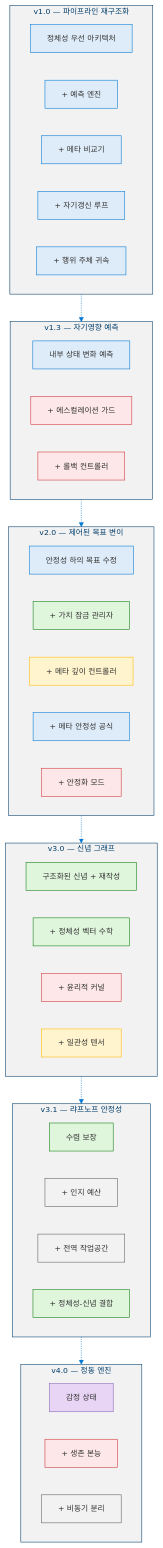
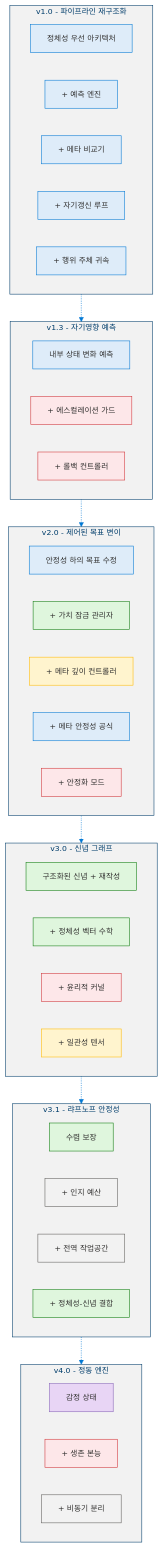
One commit to dotnetpower/mscp changed the first of 3 diagrams in docs/MSCP_Overview.ko.md. Above: the diagram before and after it, drawn with Mermaid. The commit also changed other lines of this file and 26 other files, not shown here.

````diff
--- a/docs/MSCP_Overview.ko.md
+++ b/docs/MSCP_Overview.ko.md
@@ -181,61 +181,61 @@
 ```mermaid
 %%{init: {'theme': 'base', 'themeVariables': {'primaryColor': '#0078D4', 'primaryTextColor': '#003D6B', 'primaryBorderColor': '#003D6B', 'secondaryColor': '#50E6FF', 'secondaryTextColor': '#323130', 'secondaryBorderColor': '#00BCF2', 'tertiaryColor': '#F2F2F2', 'tertiaryTextColor': '#323130', 'lineColor': '#0078D4', 'textColor': '#323130', 'mainBkg': '#DEECF9', 'nodeBorder': '#0078D4', 'clusterBkg': '#F2F2F2', 'clusterBorder': '#003D6B', 'titleColor': '#003D6B', 'edgeLabelBackground': '#FFFFFF', 'fontSize': '14px'}}}%%
 flowchart TD
   classDef ver fill:#DEECF9,stroke:#0078D4,color:#323130
   classDef feat fill:#DEECF9,stroke:#0078D4,color:#323130
   classDef safety fill:#FDE7E9,stroke:#D13438,color:#323130
   classDef green fill:#DFF6DD,stroke:#107C10,color:#323130
   classDef meta fill:#FFF4CE,stroke:#FFB900,color:#323130
   classDef infra fill:#F2F2F2,stroke:#605E5C,color:#323130
   classDef purple fill:#E8D5F5,stroke:#8764B8,color:#323130
 
-  subgraph V10["v1.0 — 파이프라인 재구조화"]
+  subgraph V10["v1.0 - 파이프라인 재구조화"]
     direction LR
     V10H["정체성 우선 아키텍처"]:::feat
     V10A["+ 예측 엔진"]:::feat
     V10B["+ 메타 비교기"]:::feat
     V10C["+ 자기갱신 루프"]:::feat
     V10D["+ 행위 주체 귀속"]:::feat
   end
 
-  subgraph V13["v1.3 — 자기영향 예측"]
+  subgraph V13["v1.3 - 자기영향 예측"]
     direction LR
     V13H["내부 상태 변화 예측"]:::feat
     V13A["+ 에스컬레이션 가드"]:::safety
     V13B["+ 롤백 컨트롤러"]:::safety
   end
 
-  subgraph V20["v2.0 — 제어된 목표 변이"]
+  subgraph V20["v2.0 - 제어된 목표 변이"]
     direction LR
     V20H["안정성 하의 목표 수정"]:::feat
     V20A["+ 가치 잠금 관리자"]:::green
     V20B["+ 메타 깊이 컨트롤러"]:::meta
     V20C["+ 메타 안정성 공식"]:::feat
     V20D["+ 안정화 모드"]:::safety
   end
 
-  subgraph V30["v3.0 — 신념 그래프"]
+  subgraph V30["v3.0 - 신념 그래프"]
     direction LR
     V30H["구조화된 신념 + 재작성"]:::green
     V30A["+ 정체성 벡터 수학"]:::green
     V30B["+ 윤리적 커널"]:::safety
     V30C["+ 일관성 텐서"]:::meta
   end
 
-  subgraph V31["v3.1 — 랴프노프 안정성"]
+  subgraph V31["v3.1 - 랴프노프 안정성"]
     direction LR
     V31H["수렴 보장"]:::green
     V31A["+ 인지 예산"]:::infra
     V31B["+ 전역 작업공간"]:::infra
     V31C["+ 정체성-신념 결합"]:::green
   end
 
-  subgraph V40["v4.0 — 정동 엔진"]
+  subgraph V40["v4.0 - 정동 엔진"]
     direction LR
     V40H["감정 상태"]:::purple
     V40A["+ 생존 본능"]:::safety
     V40B["+ 비동기 분리"]:::infra
   end
 
   V10 -.-> V13 -.-> V20 -.-> V30 -.-> V31 -.-> V40
 ```
````
